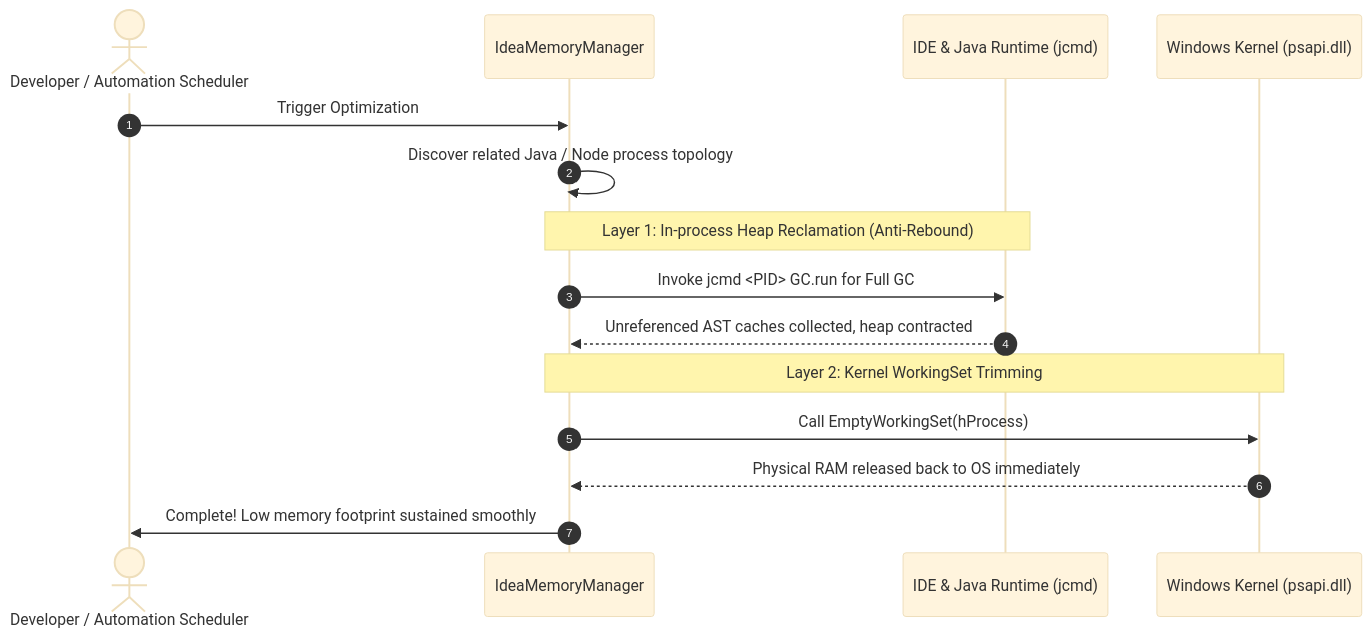
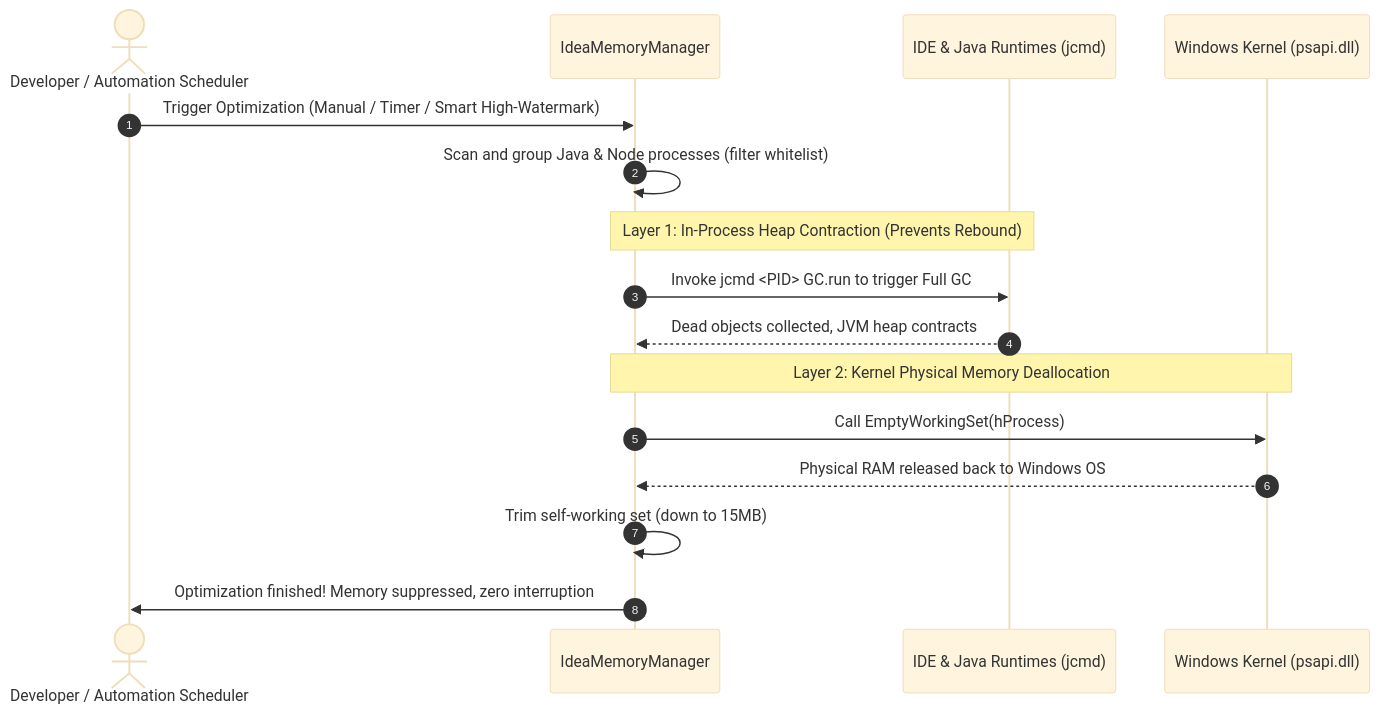
The diagram in README.md (BowlongRise/IdeaMemoryManager), drawn with Mermaid (base theme) before and after one commit. The commit also changed other lines of this file and 15 other files, not shown here.

Commit message:
feat: add idle-aware GC, process drawer, sparkline chart and JVM telemetry (v1.1.0)

````diff
--- a/README.md
+++ b/README.md
@@ -43,18 +58,19 @@
 ```mermaid
 sequenceDiagram
     autonumber
     actor Dev as Developer / Automation Scheduler
     participant Mgr as IdeaMemoryManager
-    participant JVM as IDE & Java Runtime (jcmd)
+    participant JVM as IDE & Java Runtimes (jcmd)
     participant Kernel as Windows Kernel (psapi.dll)
 
-    Dev->>Mgr: Trigger Optimization
-    Mgr->>Mgr: Discover related Java / Node process topology
-    Note over Mgr,JVM: Layer 1: In-process Heap Reclamation (Anti-Rebound)
-    Mgr->>JVM: Invoke jcmd <PID> GC.run for Full GC
-    JVM-->>Mgr: Unreferenced AST caches collected, heap contracted
-    Note over Mgr,Kernel: Layer 2: Kernel WorkingSet Trimming
+    Dev->>Mgr: Trigger Optimization (Manual / Timer / Smart High-Watermark)
+    Mgr->>Mgr: Scan and group Java & Node processes (filter whitelist)
+    Note over Mgr,JVM: Layer 1: In-Process Heap Contraction (Prevents Rebound)
+    Mgr->>JVM: Invoke jcmd <PID> GC.run to trigger Full GC
+    JVM-->>Mgr: Dead objects collected, JVM heap contracts
+    Note over Mgr,Kernel: Layer 2: Kernel Physical Memory Deallocation
     Mgr->>Kernel: Call EmptyWorkingSet(hProcess)
-    Kernel-->>Mgr: Physical RAM released back to OS immediately
-    Mgr->>Dev: Complete! Low memory footprint sustained smoothly
+    Kernel-->>Mgr: Physical RAM released back to Windows OS
+    Mgr->>Mgr: Trim self-working set (down to 15MB)
+    Mgr->>Dev: Optimization finished! Memory suppressed, zero interruption
 ```
````
